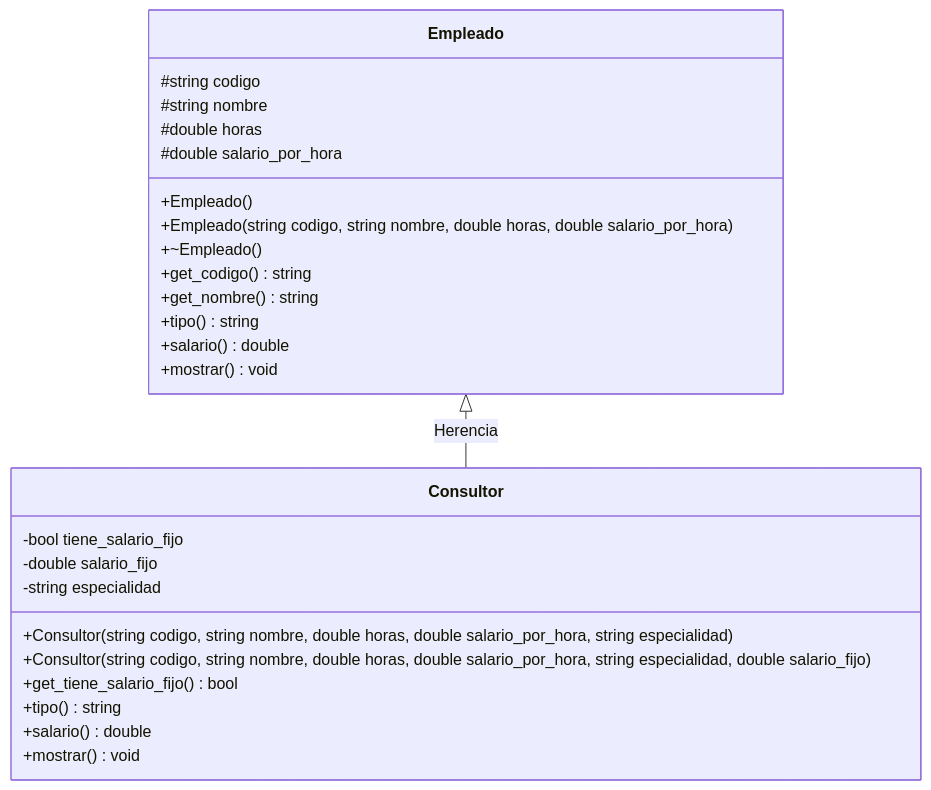
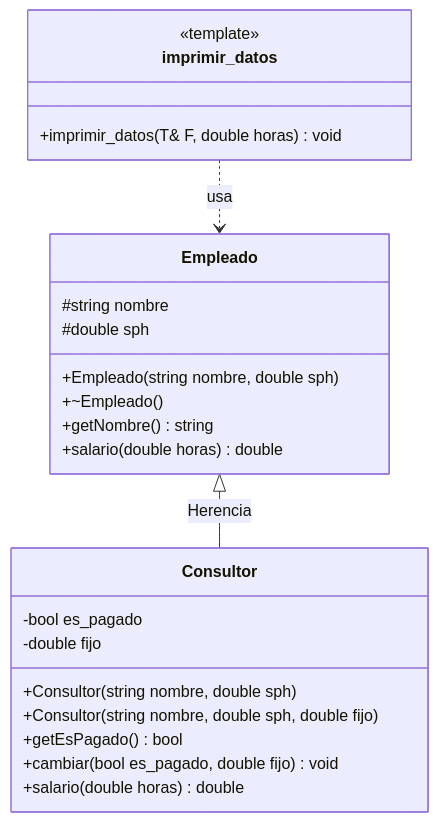
The first of 2 diagrams in A3_EmpleadoConsultor/README.md (CursosProgramacionEP/PO_UTEC_Semana13), drawn with Mermaid before and after one commit. The commit also changed other lines of this file and 30 other files, not shown here.

Commit message:
Semana 13 - A1, A2 y A3 ajustados a los diagramas de las diapositivas

````diff
--- a/A3_EmpleadoConsultor/README.md
+++ b/A3_EmpleadoConsultor/README.md
@@ -9,29 +7,26 @@
 ```mermaid
 classDiagram
     class Empleado {
-        #string codigo
         #string nombre
-        #double horas
-        #double salario_por_hora
-        +Empleado()
-        +Empleado(string codigo, string nombre, double horas, double salario_por_hora)
+        #double sph
+        +Empleado(string nombre, double sph)
         +~Empleado()
-        +get_codigo() string
-        +get_nombre() string
-        +tipo() string
-        +salario() double
-        +mostrar() void
+        +getNombre() string
+        +salario(double horas) double
     }
     class Consultor {
-        -bool tiene_salario_fijo
-        -double salario_fijo
-        -string especialidad
-        +Consultor(string codigo, string nombre, double horas, double salario_por_hora, string especialidad)
-        +Consultor(string codigo, string nombre, double horas, double salario_por_hora, string especialidad, double salario_fijo)
-        +get_tiene_salario_fijo() bool
-        +tipo() string
-        +salario() double
-        +mostrar() void
+        -bool es_pagado
+        -double fijo
+        +Consultor(string nombre, double sph)
+        +Consultor(string nombre, double sph, double fijo)
+        +getEsPagado() bool
+        +cambiar(bool es_pagado, double fijo) void
+        +salario(double horas) double
+    }
+    class imprimir_datos {
+        <<template>>
+        +imprimir_datos(T& F, double horas) void
     }
     Empleado <|-- Consultor : Herencia
+    imprimir_datos ..> Empleado : usa
 ```
````
